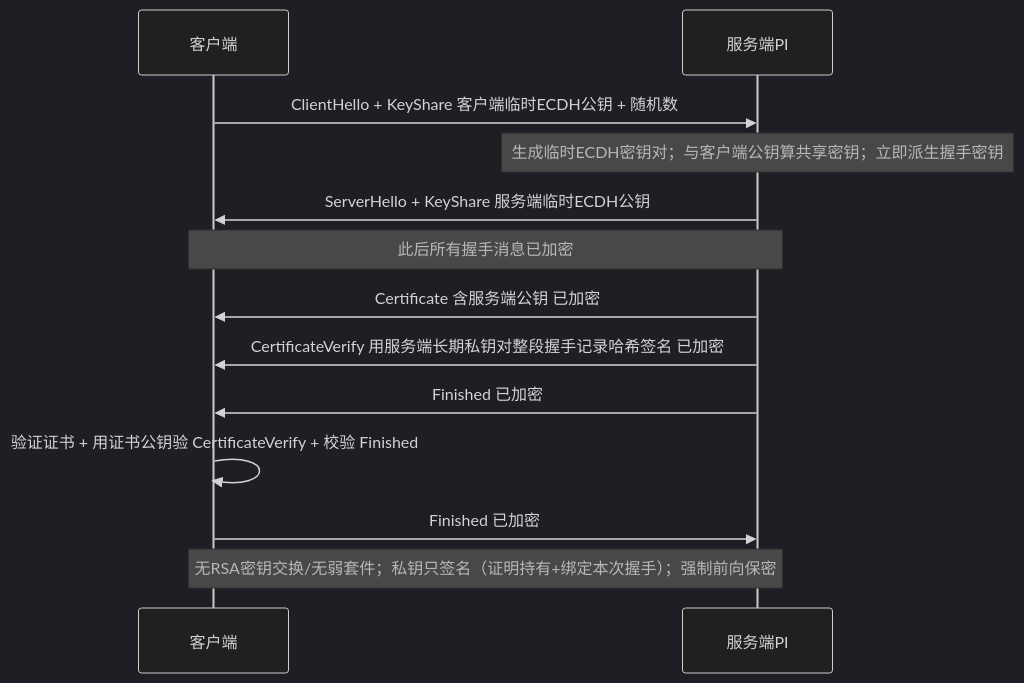
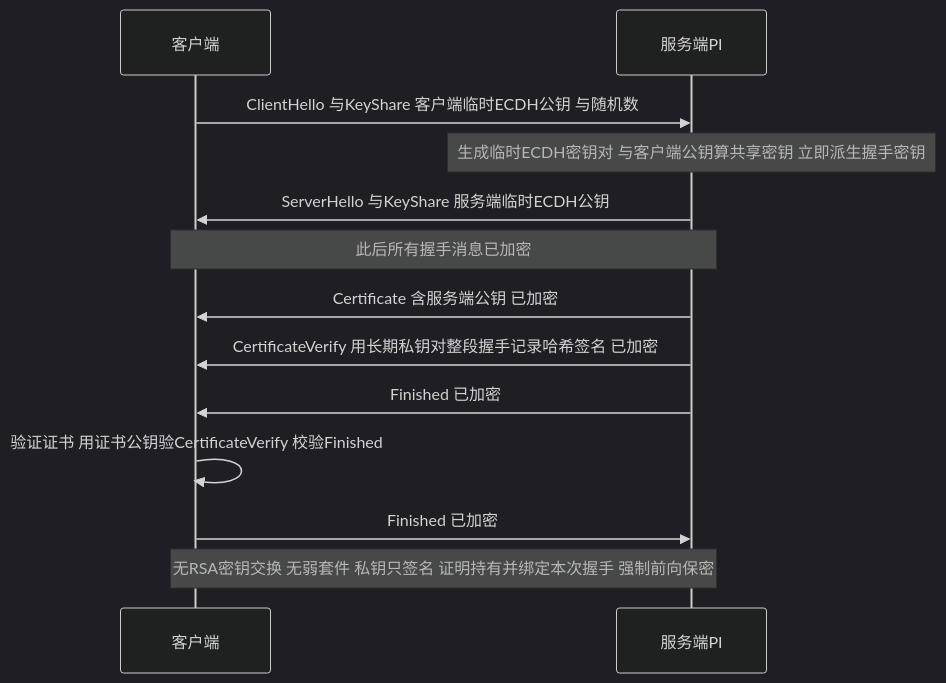
One commit to vb-wjt/study changed the third of 4 diagrams in origin/2-projects/vertiv/PI/experience/v4.0/security-fix/design/background/tls-and-certificate-primer.md. Above: the diagram before and after it, drawn with Mermaid (dark theme). The commit also changed other lines of this file and 6 other files, not shown here.

````diff
--- a/origin/2-projects/vertiv/PI/experience/v4.0/security-fix/design/background/tls-and-certificate-primer.md
+++ b/origin/2-projects/vertiv/PI/experience/v4.0/security-fix/design/background/tls-and-certificate-primer.md
@@ -64,15 +64,15 @@
 ```mermaid
 sequenceDiagram
   participant C as 客户端
   participant S as 服务端PI
-  C->>S: ClientHello + KeyShare 客户端临时ECDH公钥 + 随机数
-  Note over S: 生成临时ECDH密钥对；与客户端公钥算共享密钥；立即派生握手密钥
-  S->>C: ServerHello + KeyShare 服务端临时ECDH公钥
+  C->>S: ClientHello 与KeyShare 客户端临时ECDH公钥 与随机数
+  Note over S: 生成临时ECDH密钥对 与客户端公钥算共享密钥 立即派生握手密钥
+  S->>C: ServerHello 与KeyShare 服务端临时ECDH公钥
   Note over S,C: 此后所有握手消息已加密
   S->>C: Certificate 含服务端公钥 已加密
-  S->>C: CertificateVerify 用服务端长期私钥对整段握手记录哈希签名 已加密
+  S->>C: CertificateVerify 用长期私钥对整段握手记录哈希签名 已加密
   S->>C: Finished 已加密
-  C->>C: 验证证书 + 用证书公钥验 CertificateVerify + 校验 Finished
+  C->>C: 验证证书 用证书公钥验CertificateVerify 校验Finished
   C->>S: Finished 已加密
-  Note over C,S: 无RSA密钥交换/无弱套件；私钥只签名（证明持有+绑定本次握手）；强制前向保密
+  Note over C,S: 无RSA密钥交换 无弱套件 私钥只签名 证明持有并绑定本次握手 强制前向保密
 ```
````
